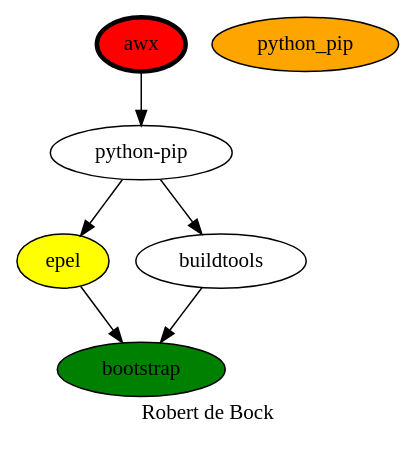
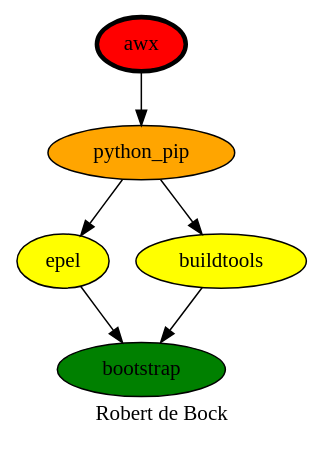
The diagram in awx.dot (robertdebock/drawings), drawn with Graphviz before and after one commit.

Commit message:
Fix awx dependencies.

```diff
--- a/awx.dot
+++ b/awx.dot
@@ -1,13 +1,14 @@
 digraph PhiloDilemma {
   label = "Robert de Bock" ;
   overlap=false
   {
     bootstrap [fillcolor=green style=filled]
     epel [fillcolor=yellow style=filled]
     "python_pip" [fillcolor=orange style=filled]
+    buildtools [fillcolor=yellow style=filled]
     awx [fillcolor=red style=filled penwidth=3]
   }
-  awx -> "python-pip"
-  "python-pip" -> {buildtools epel}
+  awx -> "python_pip"
+  "python_pip" -> {buildtools epel}
   {buildtools epel} -> bootstrap
 }
```
